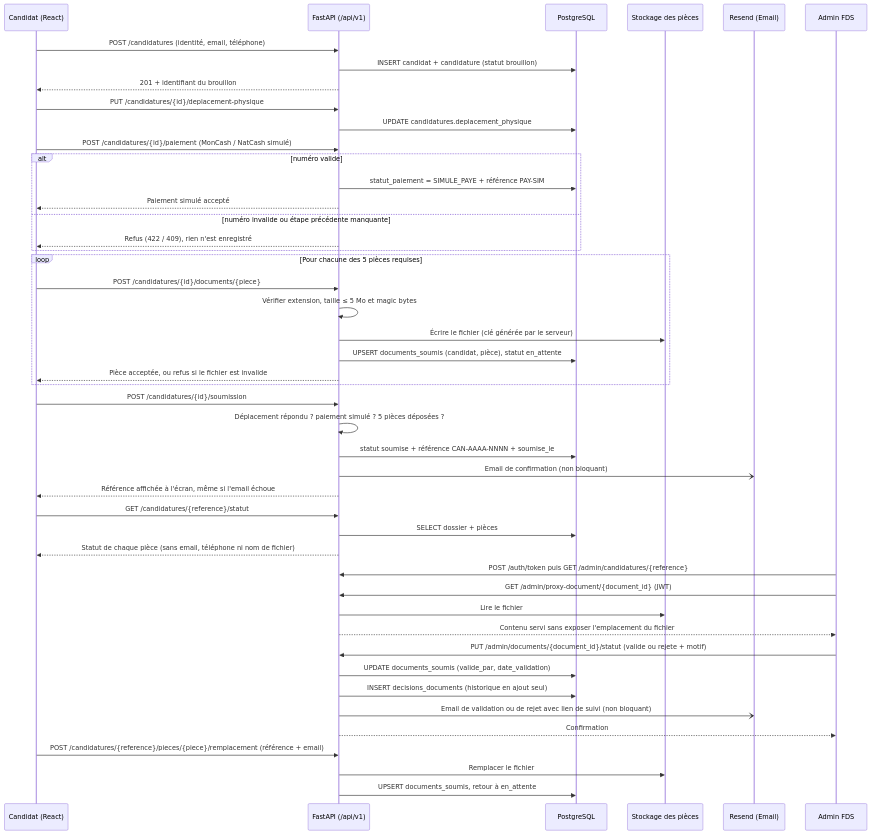
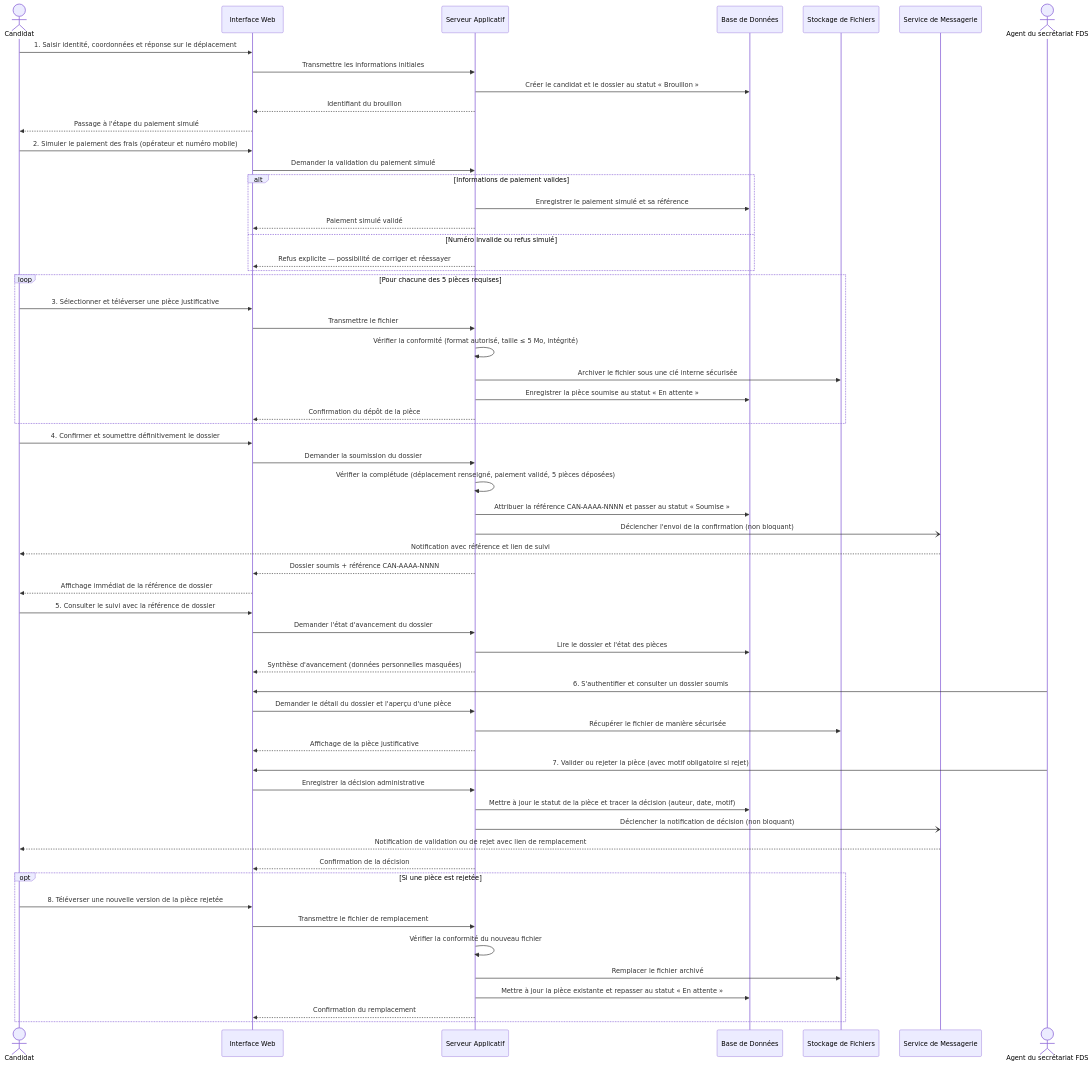
One commit to Paro-fds/bravetech changed the second of 4 diagrams in cahier_des_charges.md. Above: the diagram before and after it, drawn with Mermaid. The commit also changed other lines of this file and 16 other files, not shown here.

````diff
--- a/cahier_des_charges.md
+++ b/cahier_des_charges.md
@@ -201,57 +255,69 @@
 ```mermaid
 sequenceDiagram
-    participant C as Candidat (React)
-    participant API as FastAPI (/api/v1)
-    participant DB as PostgreSQL
-    participant Store as Stockage des pièces
-    participant Mail as Resend (Email)
-    participant A as Admin FDS
+    actor C as Candidat
+    participant UI as Interface Web
+    participant App as Serveur Applicatif
+    participant DB as Base de Données
+    participant Store as Stockage de Fichiers
+    participant Mail as Service de Messagerie
+    actor A as Agent du secrétariat FDS
 
-    C->>API: POST /candidatures (identité, email, téléphone)
-    API->>DB: INSERT candidat + candidature (statut brouillon)
-    API-->>C: 201 + identifiant du brouillon
+    C->>UI: 1. Saisir identité, coordonnées et réponse sur le déplacement
+    UI->>App: Transmettre les informations initiales
+    App->>DB: Créer le candidat et le dossier au statut « Brouillon »
+    App-->>UI: Identifiant du brouillon
+    UI-->>C: Passage à l'étape du paiement simulé
 
-    C->>API: PUT /candidatures/{id}/deplacement-physique
-    API->>DB: UPDATE candidatures.deplacement_physique
-
-    C->>API: POST /candidatures/{id}/paiement (MonCash / NatCash simulé)
-    alt numéro valide
-        API->>DB: statut_paiement = SIMULE_PAYE + référence PAY-SIM
-        API-->>C: Paiement simulé accepté
-    else numéro invalide ou étape précédente manquante
-        API-->>C: Refus (422 / 409), rien n'est enregistré
+    C->>UI: 2. Simuler le paiement des frais (opérateur et numéro mobile)
+    UI->>App: Demander la validation du paiement simulé
+    alt Informations de paiement valides
+        App->>DB: Enregistrer le paiement simulé et sa référence
+        App-->>UI: Paiement simulé validé
+    else Numéro invalide ou refus simulé
+        App-->>UI: Refus explicite — possibilité de corriger et réessayer
     end
 
     loop Pour chacune des 5 pièces requises
-        C->>API: POST /candidatures/{id}/documents/{piece}
-        API->>API: Vérifier extension, taille ≤ 5 Mo et magic bytes
-        API->>Store: Écrire le fichier (clé générée par le serveur)
-        API->>DB: UPSERT documents_soumis (candidat, pièce), statut en_attente
-        API-->>C: Pièce acceptée, ou refus si le fichier est invalide
+        C->>UI: 3. Sélectionner et téléverser une pièce justificative
+        UI->>App: Transmettre le fichier
+        App->>App: Vérifier la conformité (format autorisé, taille ≤ 5 Mo, intégrité)
+        App->>Store: Archiver le fichier sous une clé interne sécurisée
+        App->>DB: Enregistrer la pièce soumise au statut « En attente »
+        App-->>UI: Confirmation du dépôt de la pièce
     end
 
-    C->>API: POST /candidatures/{id}/soumission
-    API->>API: Déplacement répondu ? paiement simulé ? 5 pièces déposées ?
-    API->>DB: statut soumise + référence CAN-AAAA-NNNN + soumise_le
-    API-)Mail: Email de confirmation (non bloquant)
-    API-->>C: Référence affichée à l'écran, même si l'email échoue
+    C->>UI: 4. Confirmer et soumettre définitivement le dossier
+    UI->>App: Demander la soumission du dossier
+    App->>App: Vérifier la complétude (déplacement renseigné, paiement validé, 5 pièces déposées)
+    App->>DB: Attribuer la référence CAN-AAAA-NNNN et passer au statut « Soumise »
+    App-)Mail: Déclencher l'envoi de la confirmation (non bloquant)
+    Mail-->>C: Notification avec référence et lien de suivi
+    App-->>UI: Dossier soumis + référence CAN-AAAA-NNNN
+    UI-->>C: Affichage immédiat de la référence de dossier
 
-    C->>API: GET /candidatures/{reference}/statut
-    API->>DB: SELECT dossier + pièces
-    API-->>C: Statut de chaque pièce (sans email, téléphone ni nom de fichier)
+    C->>UI: 5. Consulter le suivi avec la référence de dossier
+    UI->>App: Demander l'état d'avancement du dossier
+    App->>DB: Lire le dossier et l'état des pièces
+    App-->>UI: Synthèse d'avancement (données personnelles masquées)
 
-    A->>API: POST /auth/token puis GET /admin/candidatures/{reference}
-    A->>API: GET /admin/proxy-document/{document_id} (JWT)
-    API->>Store: Lire le fichier
-    API-->>A: Contenu servi sans exposer l'emplacement du fichier
+    A->>UI: 6. S'authentifier et consulter un dossier soumis
+    UI->>App: Demander le détail du dossier et l'aperçu d'une pièce
+    App->>Store: Récupérer le fichier de manière sécurisée
+    App-->>UI: Affichage de la pièce justificative
 
-    A->>API: PUT /admin/documents/{document_id}/statut (valide ou rejete + motif)
-    API->>DB: UPDATE documents_soumis (valide_par, date_validation)
-    API->>DB: INSERT decisions_documents (historique en ajout seul)
-    API-)Mail: Email de validation ou de rejet avec lien de suivi (non bloquant)
-    API-->>A: Confirmation
+    A->>UI: 7. Valider ou rejeter la pièce (avec motif obligatoire si rejet)
+    UI->>App: Enregistrer la décision administrative
+    App->>DB: Mettre à jour le statut de la pièce et tracer la décision (auteur, date, motif)
+    App-)Mail: Déclencher la notification de décision (non bloquant)
+    Mail-->>C: Notification de validation ou de rejet avec lien de remplacement
+    App-->>UI: Confirmation de la décision
 
-    C->>API: POST /candidatures/{reference}/pieces/{piece}/remplacement (référence + email)
-    API->>Store: Remplacer le fichier
-    API->>DB: UPSERT documents_soumis, retour à en_attente
+    opt Si une pièce est rejetée
+        C->>UI: 8. Téléverser une nouvelle version de la pièce rejetée
+        UI->>App: Transmettre le fichier de remplacement
+        App->>App: Vérifier la conformité du nouveau fichier
+        App->>Store: Remplacer le fichier archivé
+        App->>DB: Mettre à jour la pièce existante et repasser au statut « En attente »
+        App-->>UI: Confirmation du remplacement
+    end
 ```
````
